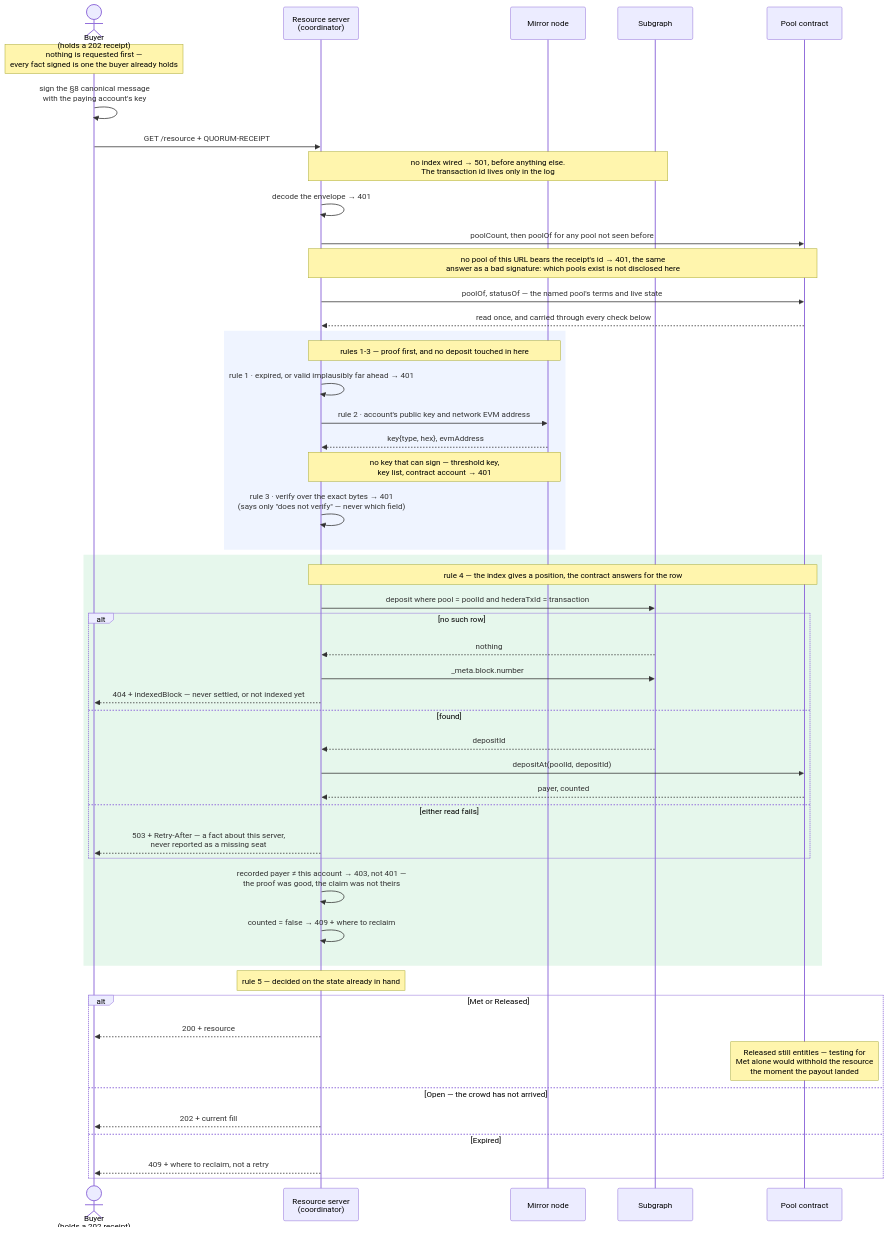
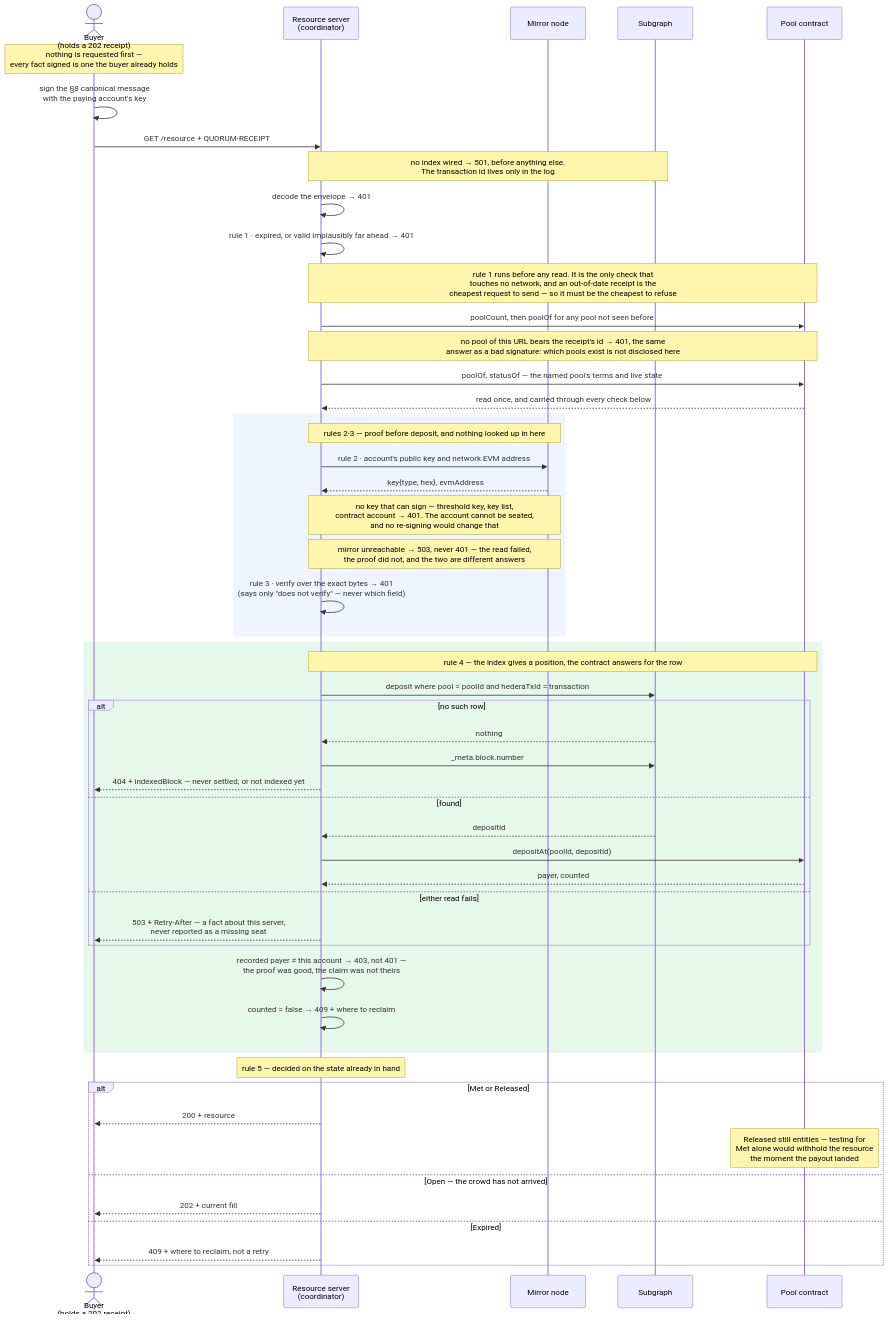
One commit to lxfoundry/quorum402 changed the second of 2 diagrams in specs/quorum-scheme.md. Above: the diagram before and after it, drawn with Mermaid. The commit also changed other lines of this file and 6 other files, not shown here.

````diff
--- a/specs/quorum-scheme.md
+++ b/specs/quorum-scheme.md
@@ -474,56 +474,58 @@
 ```mermaid
 sequenceDiagram
     actor B as Buyer<br/>(holds a 202 receipt)
     participant RS as Resource server<br/>(coordinator)
     participant M as Mirror node
     participant G as Subgraph
     participant P as Pool contract
 
     Note over B: nothing is requested first —<br/>every fact signed is one the buyer already holds
     B->>B: sign the §8 canonical message<br/>with the paying account's key
     B->>RS: GET /resource + QUORUM-RECEIPT
 
     Note over RS,G: no index wired → 501, before anything else.<br/>The transaction id lives only in the log
     RS->>RS: decode the envelope → 401
+    RS->>RS: rule 1 · expired, or valid implausibly far ahead → 401
+    Note over RS,P: rule 1 runs before any read. It is the only check that<br/>touches no network, and an out-of-date receipt is the<br/>cheapest request to send — so it must be the cheapest to refuse
     RS->>P: poolCount, then poolOf for any pool not seen before
     Note over RS,P: no pool of this URL bears the receipt's id → 401, the same<br/>answer as a bad signature: which pools exist is not disclosed here
     RS->>P: poolOf, statusOf — the named pool's terms and live state
     P-->>RS: read once, and carried through every check below
 
     rect rgba(120, 160, 255, 0.12)
-        Note over RS,M: rules 1-3 — proof first, and no deposit touched in here
-        RS->>RS: rule 1 · expired, or valid implausibly far ahead → 401
+        Note over RS,M: rules 2-3 — proof before deposit, and nothing looked up in here
         RS->>M: rule 2 · account's public key and network EVM address
         M-->>RS: key{type, hex}, evmAddress
-        Note over RS,M: no key that can sign — threshold key,<br/>key list, contract account → 401
+        Note over RS,M: no key that can sign — threshold key, key list,<br/>contract account → 401. The account cannot be seated,<br/>and no re-signing would change that
+        Note over RS,M: mirror unreachable → 503, never 401 — the read failed,<br/>the proof did not, and the two are different answers
         RS->>RS: rule 3 · verify over the exact bytes → 401<br/>(says only "does not verify" — never which field)
     end
 
     rect rgba(80, 200, 120, 0.14)
         Note over RS,P: rule 4 — the index gives a position, the contract answers for the row
         RS->>G: deposit where pool = poolId and hederaTxId = transaction
         alt no such row
             G-->>RS: nothing
             RS->>G: _meta.block.number
             RS-->>B: 404 + indexedBlock — never settled, or not indexed yet
         else found
             G-->>RS: depositId
             RS->>P: depositAt(poolId, depositId)
             P-->>RS: payer, counted
         else either read fails
             RS-->>B: 503 + Retry-After — a fact about this server,<br/>never reported as a missing seat
         end
         RS->>RS: recorded payer ≠ this account → 403, not 401 —<br/>the proof was good, the claim was not theirs
         RS->>RS: counted = false → 409 + where to reclaim
     end
 
     Note over RS: rule 5 — decided on the state already in hand
     alt Met or Released
         RS-->>B: 200 + resource
         Note over P: Released still entitles — testing for<br/>Met alone would withhold the resource<br/>the moment the payout landed
     else Open — the crowd has not arrived
         RS-->>B: 202 + current fill
     else Expired
         RS-->>B: 409 + where to reclaim, not a retry
     end
 ```
````
